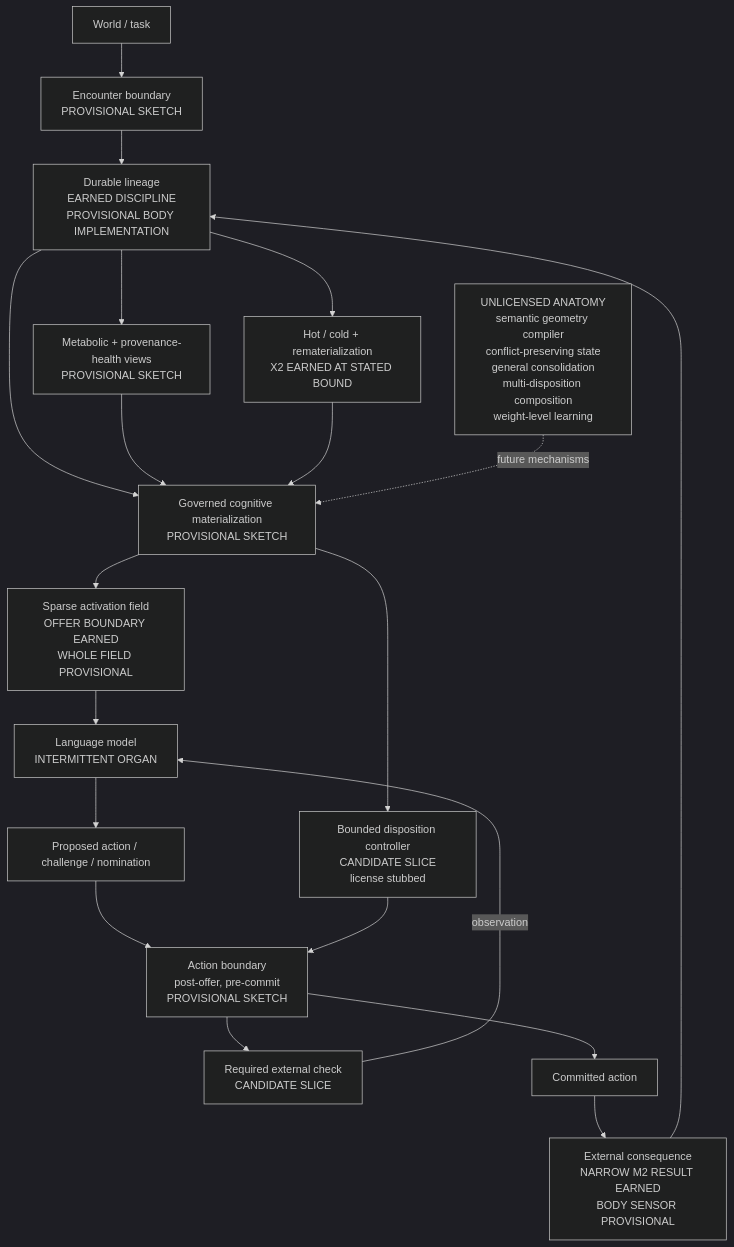
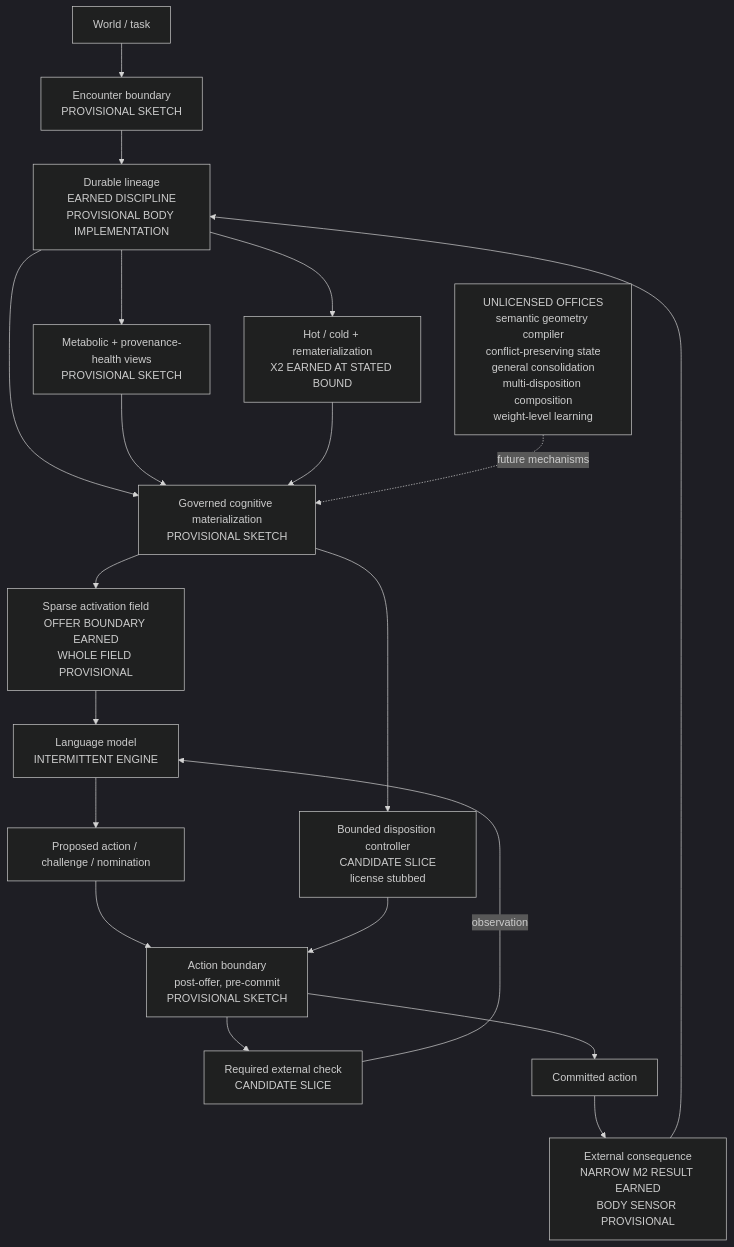
One commit to stack-research/construct changed the diagram in notes/BODY_MAP.md. Above: the diagram before and after it, drawn with Mermaid (dark theme). The commit also changed other lines of this file and 3 other files, not shown here.

````diff
--- a/notes/BODY_MAP.md
+++ b/notes/BODY_MAP.md
@@ -22,29 +22,29 @@
 ```mermaid
 flowchart TD
     World["World / task"] --> Encounter["Encounter boundary<br/>PROVISIONAL SKETCH"]
     Encounter --> Lineage["Durable lineage<br/>EARNED DISCIPLINE<br/>PROVISIONAL BODY IMPLEMENTATION"]
 
     Lineage --> Materialization["Governed cognitive materialization<br/>PROVISIONAL SKETCH"]
     Materialization --> Activation["Sparse activation field<br/>OFFER BOUNDARY EARNED<br/>WHOLE FIELD PROVISIONAL"]
-    Activation --> Model["Language model<br/>INTERMITTENT ORGAN"]
+    Activation --> Model["Language model<br/>INTERMITTENT ENGINE"]
 
     Model --> Proposal["Proposed action / challenge / nomination"]
     Proposal --> ActionBoundary["Action boundary<br/>post-offer, pre-commit<br/>PROVISIONAL SKETCH"]
     Materialization --> Disposition["Bounded disposition controller<br/>CANDIDATE SLICE<br/>license stubbed"]
     Disposition --> ActionBoundary
     ActionBoundary --> Check["Required external check<br/>CANDIDATE SLICE"]
     Check -->|"observation"| Model
     ActionBoundary --> Commit["Committed action"]
 
     Commit --> Consequence["External consequence<br/>NARROW M2 RESULT EARNED<br/>BODY SENSOR PROVISIONAL"]
     Consequence --> Lineage
 
     Lineage --> Metabolic["Metabolic + provenance-health views<br/>PROVISIONAL SKETCH"]
     Metabolic --> Materialization
 
     Lineage --> HotCold["Hot / cold + rematerialization<br/>X2 EARNED AT STATED BOUND"]
     HotCold --> Materialization
 
-    Unlicensed["UNLICENSED ANATOMY<br/>semantic geometry compiler<br/>conflict-preserving state<br/>general consolidation<br/>multi-disposition composition<br/>weight-level learning"]
+    Unlicensed["UNLICENSED OFFICES<br/>semantic geometry compiler<br/>conflict-preserving state<br/>general consolidation<br/>multi-disposition composition<br/>weight-level learning"]
     Unlicensed -. future mechanisms .-> Materialization
 ```
````
